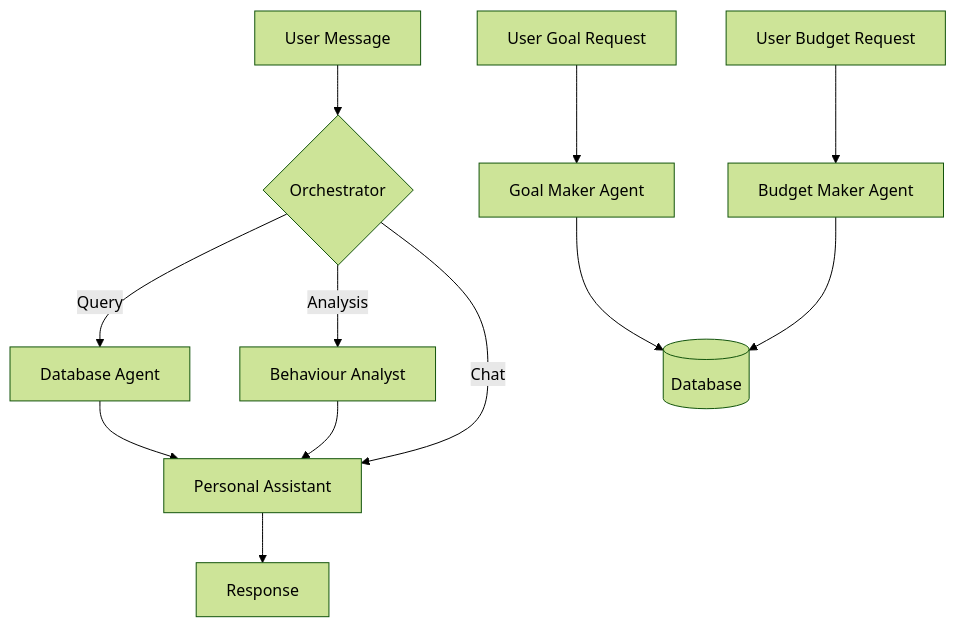
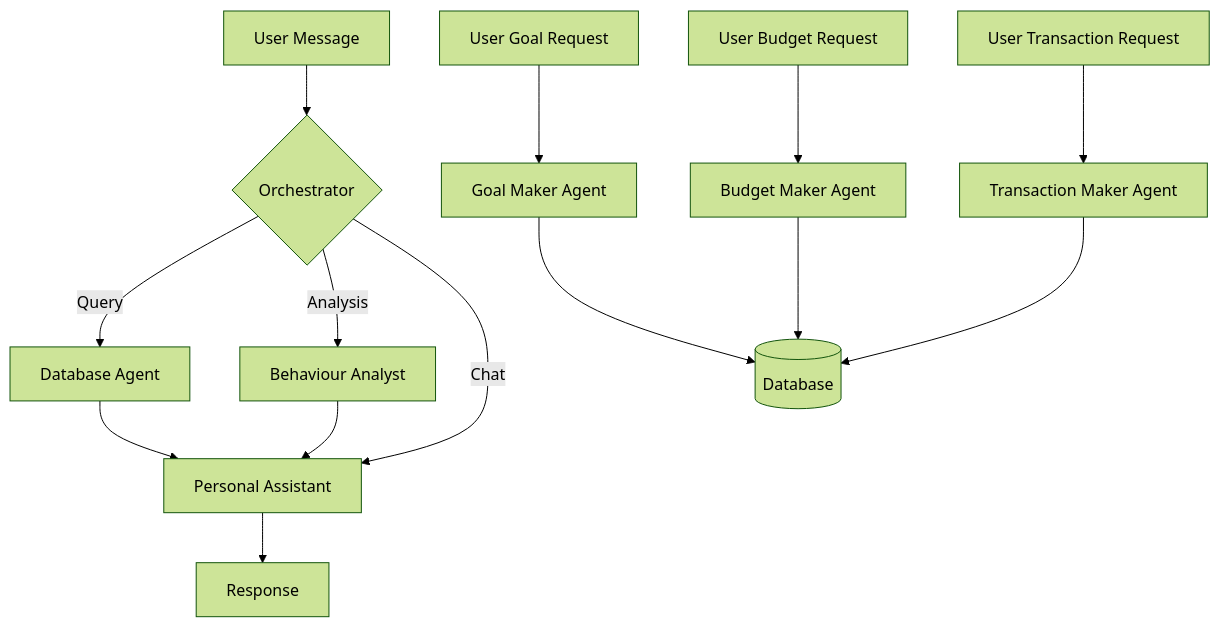
Before and after one commit to Apo-Eclipse/Grad: the first of 3 diagrams in README.md, drawn with Mermaid (forest theme). The commit also changed 2 other files, not shown here.

Commit message:
feat: Add comprehensive API documentation, new Goal and Budget Maker API endpoints, and update agent architecture for transaction management.

````diff
--- a/README.md
+++ b/README.md
@@ -31,16 +31,19 @@
 ```mermaid
 graph TD
     User[User Message] --> Router{Orchestrator}
     Router -->|Query| DBAgent[Database Agent]
     Router -->|Analysis| Analyst[Behaviour Analyst]
     Router -->|Chat| Chat[Personal Assistant]
     DBAgent --> Chat
     Analyst --> Chat
     Chat --> Final[Response]
     
     User2[User Goal Request] --> GoalMaker[Goal Maker Agent]
     GoalMaker --> DB[(Database)]
 
     User3[User Budget Request] --> BudgetMaker[Budget Maker Agent]
     BudgetMaker --> DB
+
+    User4[User Transaction Request] --> TransactionMaker[Transaction Maker Agent]
+    TransactionMaker --> DB
 ```
````
